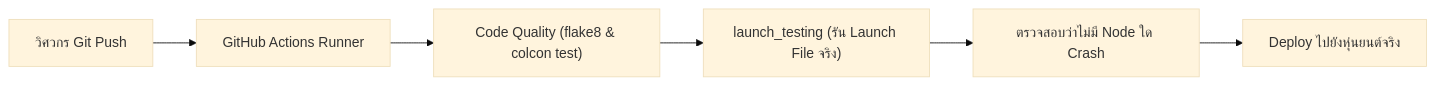
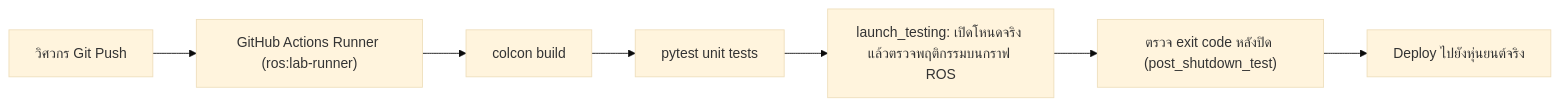
Before and after one commit to alfaXphoori/ros2: the third of 3 diagrams in Advanced_ROS/05_Production_CI_CD_Security/README.md, drawn with Mermaid (base theme). The commit also changed other lines of this file and 425 other files, not shown here.

First line of the commit message:
feat: make every lab a tested ROS 2 package with real run results

````diff
--- a/Advanced_ROS/05_Production_CI_CD_Security/README.md
+++ b/Advanced_ROS/05_Production_CI_CD_Security/README.md
@@ -85,8 +147,9 @@
 ```mermaid
 flowchart LR
-    Dev["วิศวกร Git Push"] --> Action["GitHub Actions Runner"]
-    Action --> Lint["Code Quality (flake8 & colcon test)"]
-    Lint --> IntTest["launch_testing (รัน Launch File จริง)"]
-    IntTest --> Assert["ตรวจสอบว่าไม่มี Node ใด Crash"]
+    Dev["วิศวกร Git Push"] --> Action["GitHub Actions Runner (ros:lab-runner)"]
+    Action --> Build["colcon build"]
+    Build --> Unit["pytest unit tests"]
+    Unit --> IntTest["launch_testing: เปิดโหนดจริง แล้วตรวจพฤติกรรมบนกราฟ ROS"]
+    IntTest --> Assert["ตรวจ exit code หลังปิด (post_shutdown_test)"]
     Assert --> Deploy["Deploy ไปยังหุ่นยนต์จริง"]
 ```
````
